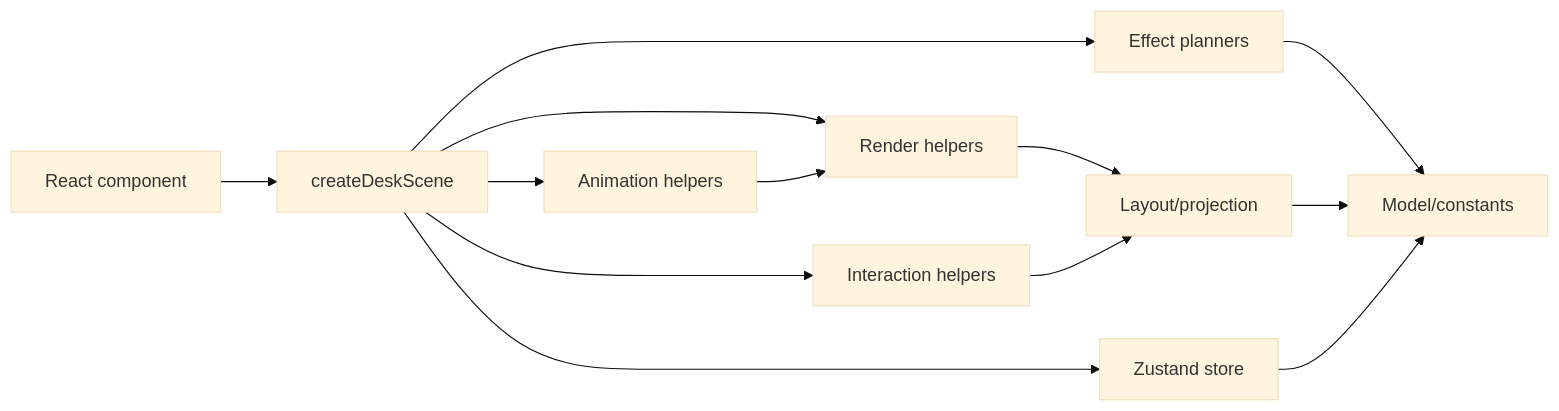
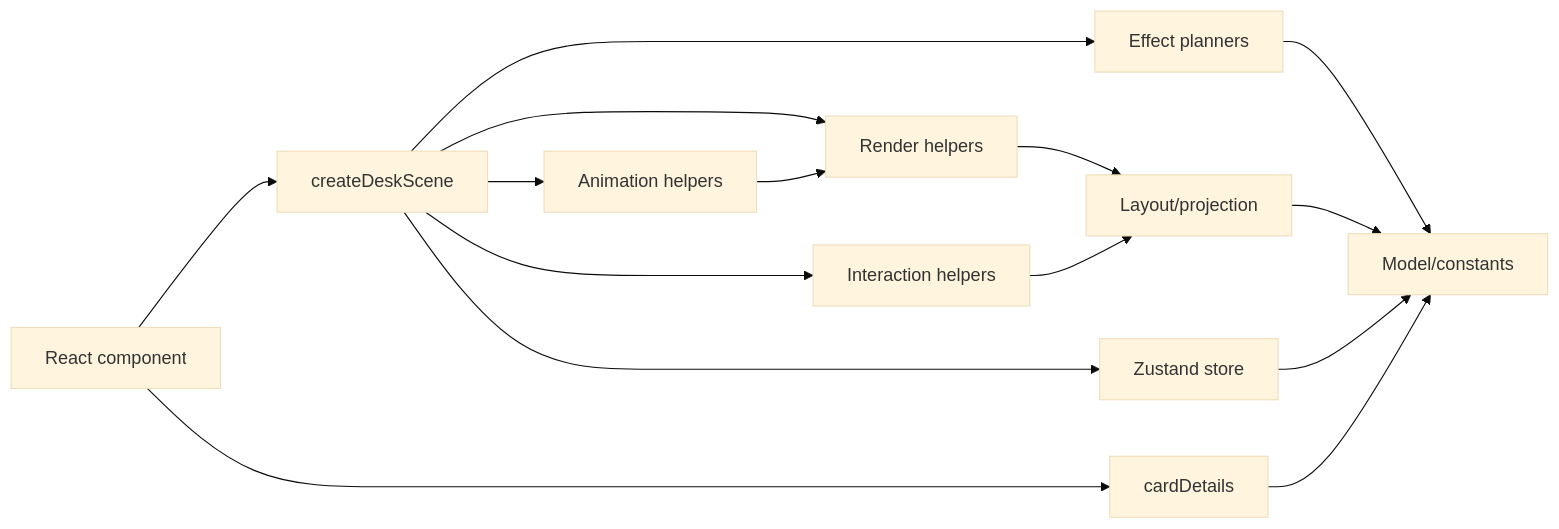
The diagram in docs/architecture.md (catindev/dtp3), drawn with Mermaid (base theme) before and after one commit. The commit also changed other lines of this file and 26 other files, not shown here.

````diff
--- a/docs/architecture.md
+++ b/docs/architecture.md
@@ -52,15 +56,17 @@
 ```mermaid
 flowchart LR
   React["React component"] --> Scene["createDeskScene"]
+  React --> Details["cardDetails"]
   Scene --> Store["Zustand store"]
   Scene --> Render["Render helpers"]
   Scene --> Interaction["Interaction helpers"]
   Scene --> Animation["Animation helpers"]
   Scene --> Effects["Effect planners"]
   Render --> Layout["Layout/projection"]
   Interaction --> Layout
   Effects --> Model
   Layout --> Model["Model/constants"]
   Store --> Model
+  Details --> Model
   Animation --> Render
 ```
````
